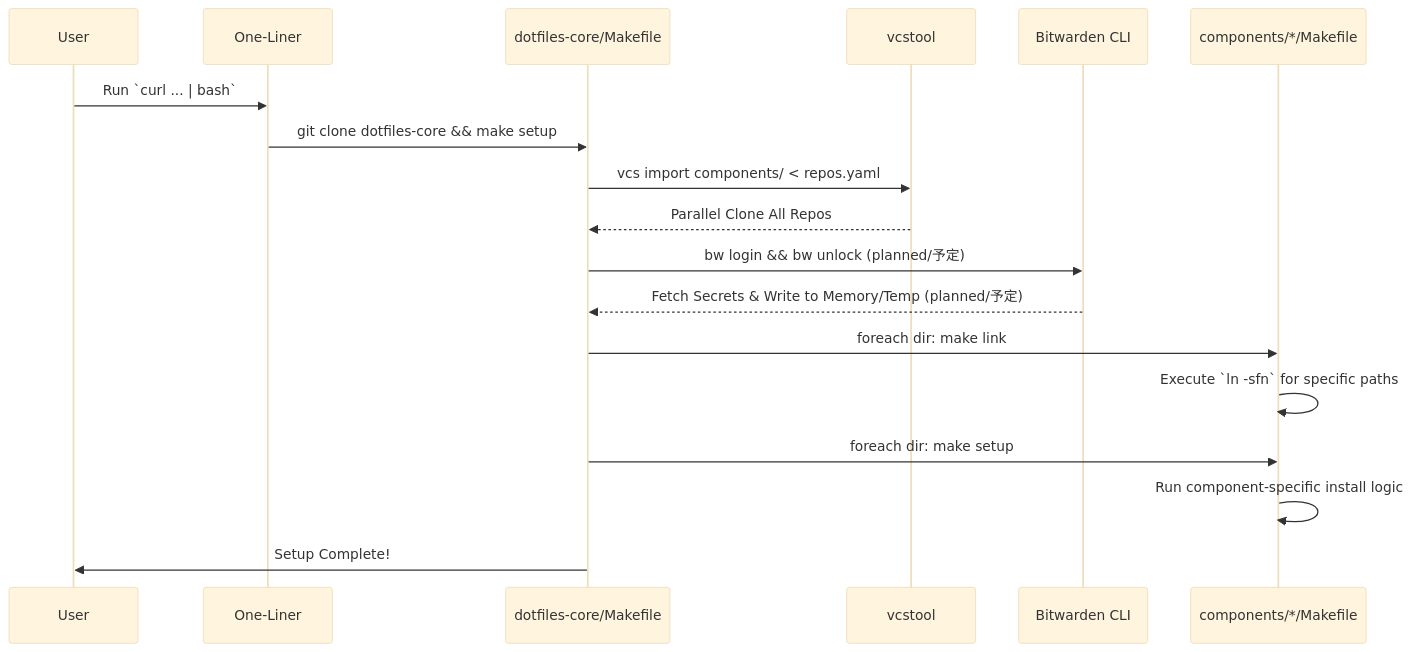
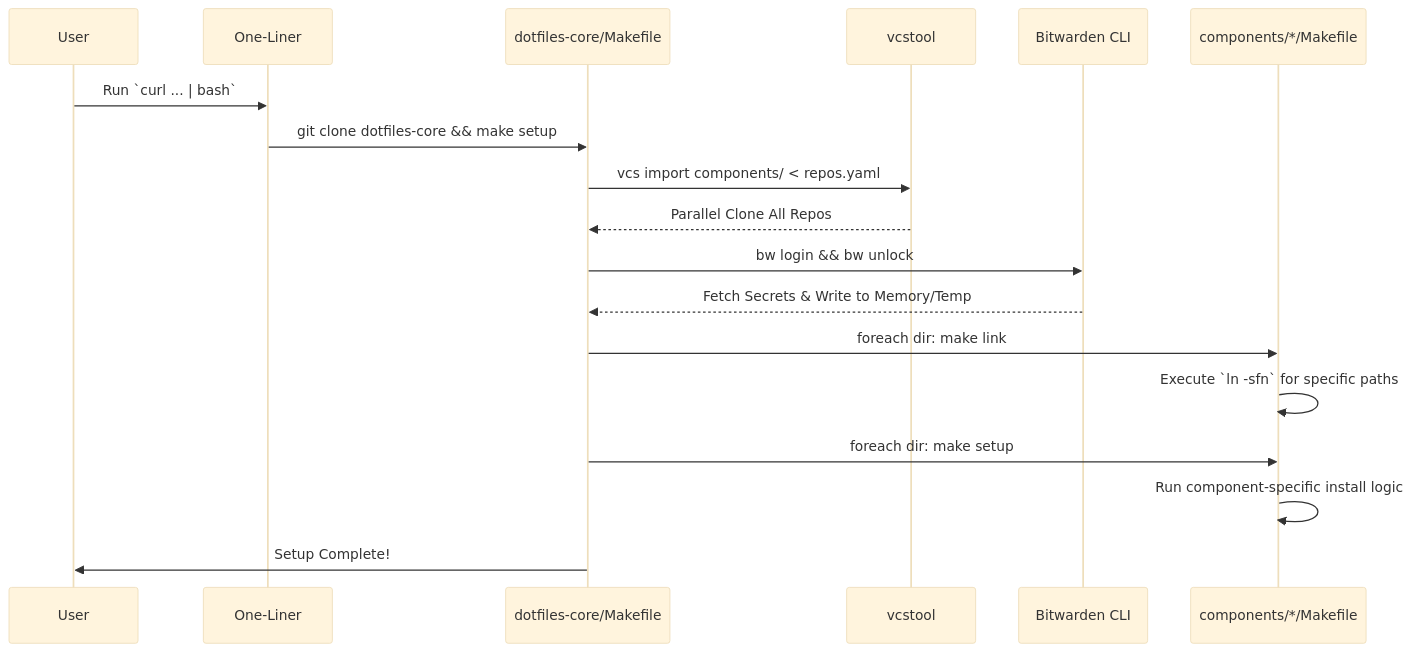
Before and after one commit to yohi/dotfiles-core: the diagram in SPEC.md, drawn with Mermaid (base theme). The commit also changed other lines of this file and 1 other file, not shown here.

Commit message:
feat: Add VS Code multi-root workspace configuration and integrate Bitwarden CLI for secret management in the Makefile.

````diff
--- a/SPEC.md
+++ b/SPEC.md
@@ -77,21 +77,21 @@
 ```mermaid
 sequenceDiagram
     participant User
     participant CurlBash as One-Liner
     participant CoreMake as dotfiles-core/Makefile
     participant VCS as vcstool
     participant BW as Bitwarden CLI
     participant SubMake as components/*/Makefile
 
     User->>CurlBash: Run `curl ... | bash`
     CurlBash->>CoreMake: git clone dotfiles-core && make setup
     CoreMake->>VCS: vcs import components/ < repos.yaml
     VCS-->>CoreMake: Parallel Clone All Repos
-    CoreMake->>BW: bw login && bw unlock (planned/予定)
-    BW-->>CoreMake: Fetch Secrets & Write to Memory/Temp (planned/予定)
+    CoreMake->>BW: bw login && bw unlock
+    BW-->>CoreMake: Fetch Secrets & Write to Memory/Temp
     CoreMake->>SubMake: foreach dir: make link
     SubMake->>SubMake: Execute `ln -sfn` for specific paths
     CoreMake->>SubMake: foreach dir: make setup
     SubMake->>SubMake: Run component-specific install logic
     CoreMake->>User: Setup Complete!
 ```
````
